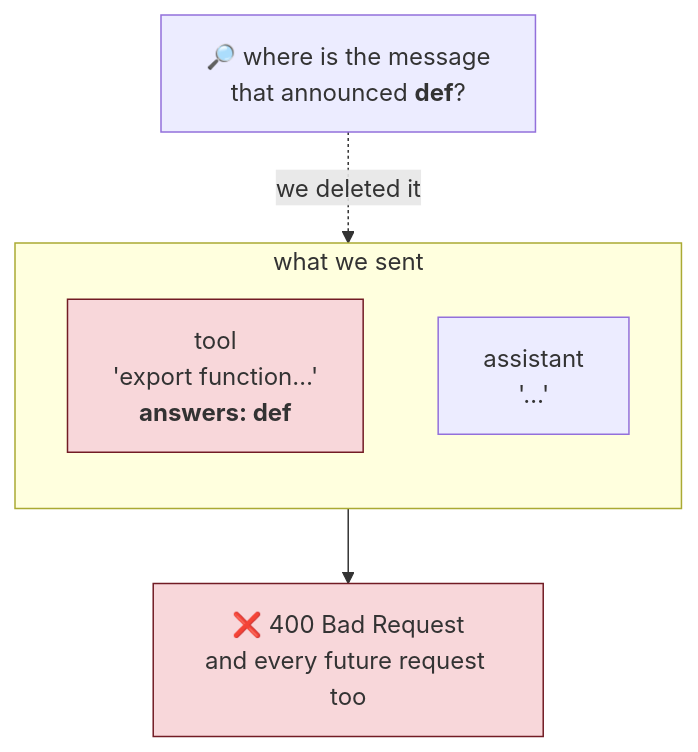
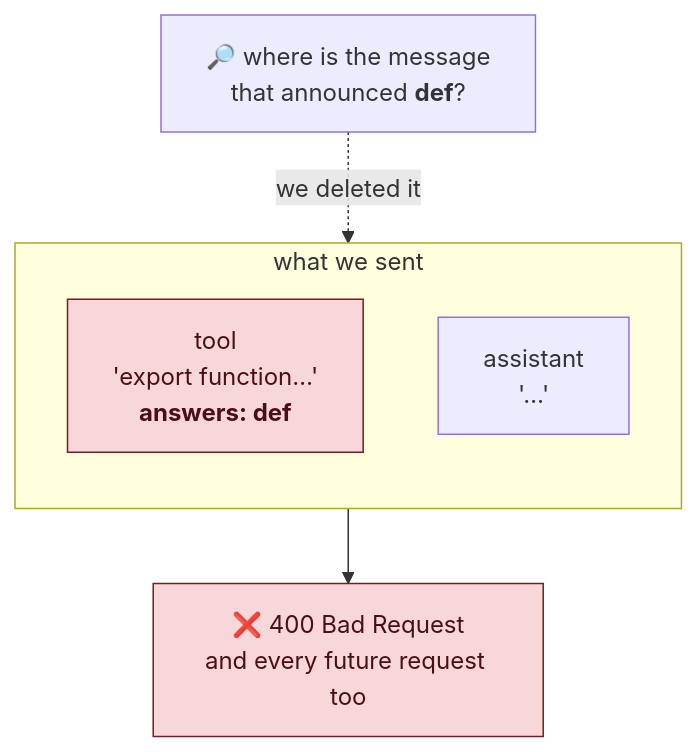
The second of 6 diagrams in learning/day-3/03-where-to-cut.md (bairoy/KRIMICODE), drawn with Mermaid before and after one commit. The commit also changed other lines of this file and 7 other files, not shown here.

Commit message:
improved the mermaid diagram rendering

````diff
--- a/learning/day-3/03-where-to-cut.md
+++ b/learning/day-3/03-where-to-cut.md
@@ -98,15 +98,15 @@
 ```mermaid
 flowchart TD
     subgraph K["what we sent"]
         direction TB
         M4["tool<br/>'export function…'<br/><b>answers: def</b>"]
         M5["assistant<br/>'…'"]
     end
 
     Q["🔎 where is the message<br/>that announced <b>def</b>?"] -.->|"we deleted it"| M4
 
     M4 --> R["❌ 400 Bad Request<br/>and every future request too"]
 
-    style M4 fill:#f8d7da,stroke:#721c24
-    style R fill:#f8d7da,stroke:#721c24
+    style M4 fill:#f8d7da,stroke:#721c24,color:#4a0f16
+    style R fill:#f8d7da,stroke:#721c24,color:#4a0f16
 ```
````
